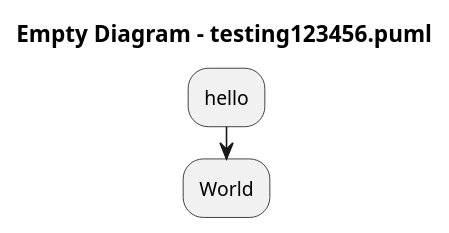
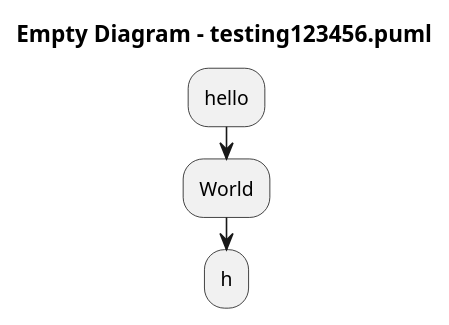
One commit to aberni-coder/PlantText-Testing---Public-2 changed the diagram in testing123456.puml. Above: the diagram before and after it, drawn with PlantUML.

Commit message:
PlantText Commit: .

```diff
--- a/testing123456.puml
+++ b/testing123456.puml
@@ -1,7 +1,8 @@
 @startuml
 
 title Empty Diagram - testing123456.puml
 :hello;
 :World;
+:h;
 
 @enduml
```
